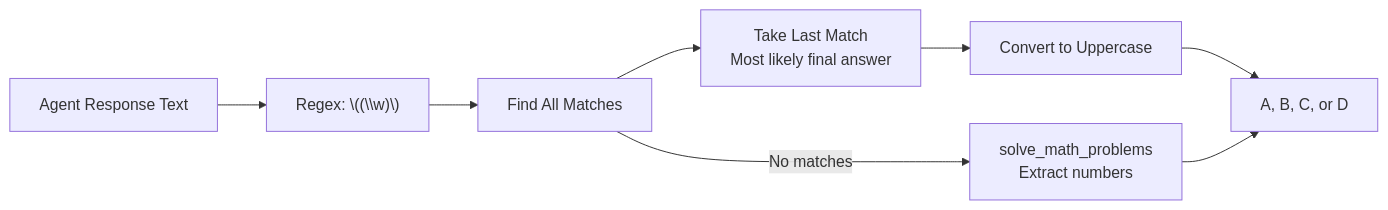
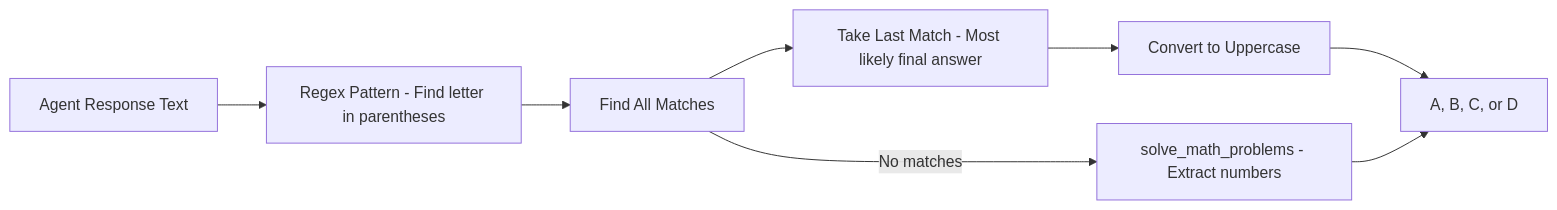
Diagram 11 of 22 in README.md (mikenk2010/COSC3009-Intelligent-Decision-Making-Advanced-IDM-Algorithm-Design), drawn with Mermaid before and after one commit. The commit also changed other lines of this file and 1 other file, not shown here.

Commit message:
Final report

````diff
--- a/README.md
+++ b/README.md
@@ -375,11 +486,11 @@
 ```mermaid
 flowchart LR
-    INPUT[Agent Response Text] --> REGEX["Regex: \((\\w)\)"]
-    REGEX --> MATCHES[Find All Matches]
-    MATCHES --> LAST[Take Last Match<br/>Most likely final answer]
-    LAST --> UPPER[Convert to Uppercase]
-    UPPER --> OUTPUT[A, B, C, or D]
+    INPUT["Agent Response Text"] --> REGEX["Regex Pattern - Find letter in parentheses"]
+    REGEX --> MATCHES["Find All Matches"]
+    MATCHES --> LAST["Take Last Match - Most likely final answer"]
+    LAST --> UPPER["Convert to Uppercase"]
+    UPPER --> OUTPUT["A, B, C, or D"]
 
-    MATCHES --> |No matches| FALLBACK[solve_math_problems<br/>Extract numbers]
+    MATCHES --> |"No matches"| FALLBACK["solve_math_problems - Extract numbers"]
     FALLBACK --> OUTPUT
 ```
````
